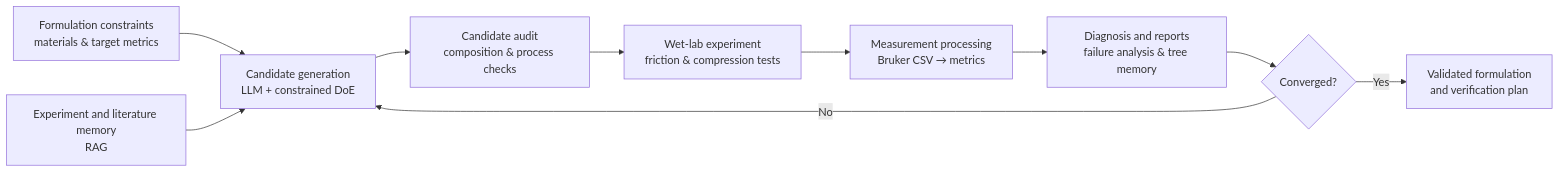
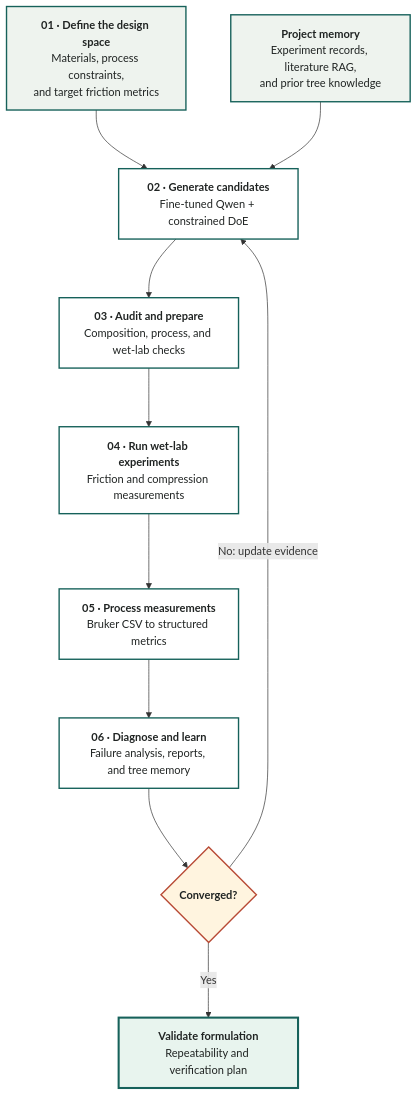
One commit to autumn-late-winds/PVA-formulation-optimization-in-friction changed the diagram in README.md. Above: the diagram before and after it, drawn with Mermaid.

Commit message:
docs: enlarge workflow diagram

````diff
--- a/README.md
+++ b/README.md
@@ -13,12 +13,26 @@
 ```mermaid
-flowchart LR
-    A[Formulation constraints<br/>materials & target metrics] --> B[Candidate generation<br/>LLM + constrained DoE]
-    C[Experiment and literature memory<br/>RAG] --> B
-    B --> D[Candidate audit<br/>composition & process checks]
-    D --> E[Wet-lab experiment<br/>friction & compression tests]
-    E --> F[Measurement processing<br/>Bruker CSV → metrics]
-    F --> G[Diagnosis and reports<br/>failure analysis & tree memory]
-    G --> H{Converged?}
-    H -- No --> B
-    H -- Yes --> I[Validated formulation<br/>and verification plan]
+%%{init: {'flowchart': {'nodeSpacing': 65, 'rankSpacing': 85}} }%%
+flowchart TB
+    A["<b>01 · Define the design space</b><br/>Materials, process constraints,<br/>and target friction metrics"]
+    M["<b>Project memory</b><br/>Experiment records, literature RAG,<br/>and prior tree knowledge"]
+    B["<b>02 · Generate candidates</b><br/>Fine-tuned Qwen + constrained DoE"]
+    C["<b>03 · Audit and prepare</b><br/>Composition, process, and wet-lab checks"]
+    D["<b>04 · Run wet-lab experiments</b><br/>Friction and compression measurements"]
+    E["<b>05 · Process measurements</b><br/>Bruker CSV to structured metrics"]
+    F["<b>06 · Diagnose and learn</b><br/>Failure analysis, reports, and tree memory"]
+    G{"<b>Converged?</b>"}
+    H["<b>Validate formulation</b><br/>Repeatability and verification plan"]
+    A --> B
+    M --> B
+    B --> C --> D --> E --> F --> G
+    G -- "No: update evidence" --> B
+    G -- "Yes" --> H
+    classDef input fill:#eef3ee,stroke:#16615a,stroke-width:2px,color:#202423;
+    classDef action fill:#ffffff,stroke:#16615a,stroke-width:2px,color:#202423;
+    classDef decision fill:#fff4df,stroke:#b84a35,stroke-width:2px,color:#202423;
+    classDef outcome fill:#e8f4ee,stroke:#16615a,stroke-width:3px,color:#202423;
+    class A,M input;
+    class B,C,D,E,F action;
+    class G decision;
+    class H outcome;
 ```
````
